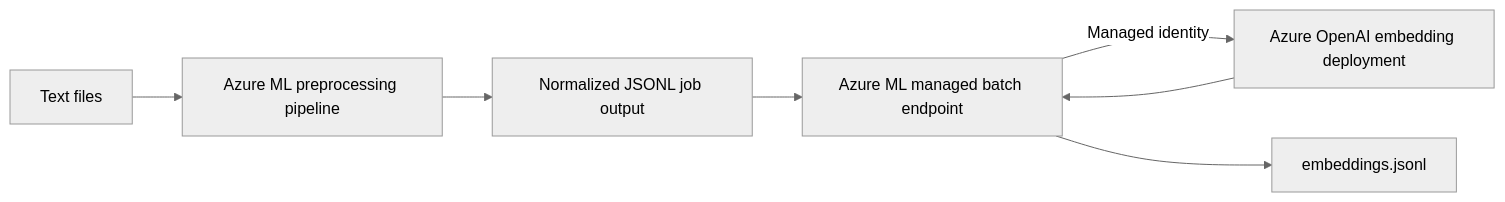
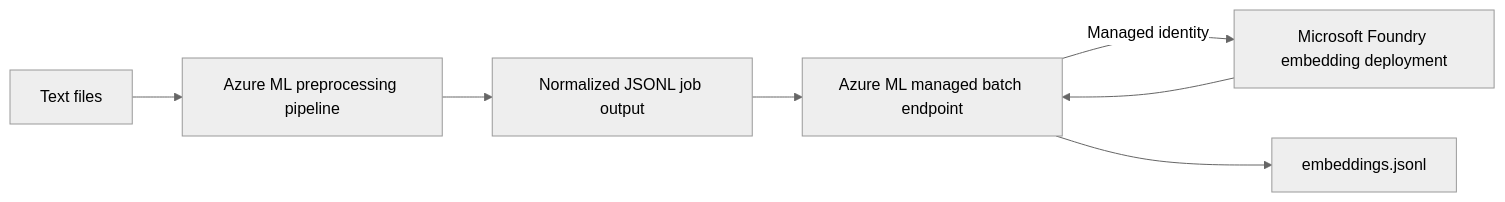
Before and after one commit to Azure-Samples/AzureML_industry_labs: the diagram in batch_document_embeddings/README.md, drawn with Mermaid (neutral theme). The commit also changed other lines of this file and 2 other files, not shown here.

Commit message:
fix: update documentation and code to reference Microsoft Foundry instead of Azure OpenAI

````diff
--- a/batch_document_embeddings/README.md
+++ b/batch_document_embeddings/README.md
@@ -39,9 +39,9 @@
 ```mermaid
 flowchart LR
     A[Text files] --> B[Azure ML preprocessing pipeline]
     B --> C[Normalized JSONL job output]
     C --> D[Azure ML managed batch endpoint]
-    D -->|Managed identity| E[Azure OpenAI embedding deployment]
+    D -->|Managed identity| E[Microsoft Foundry embedding deployment]
     E --> D
     D --> F[embeddings.jsonl]
 ```
````
